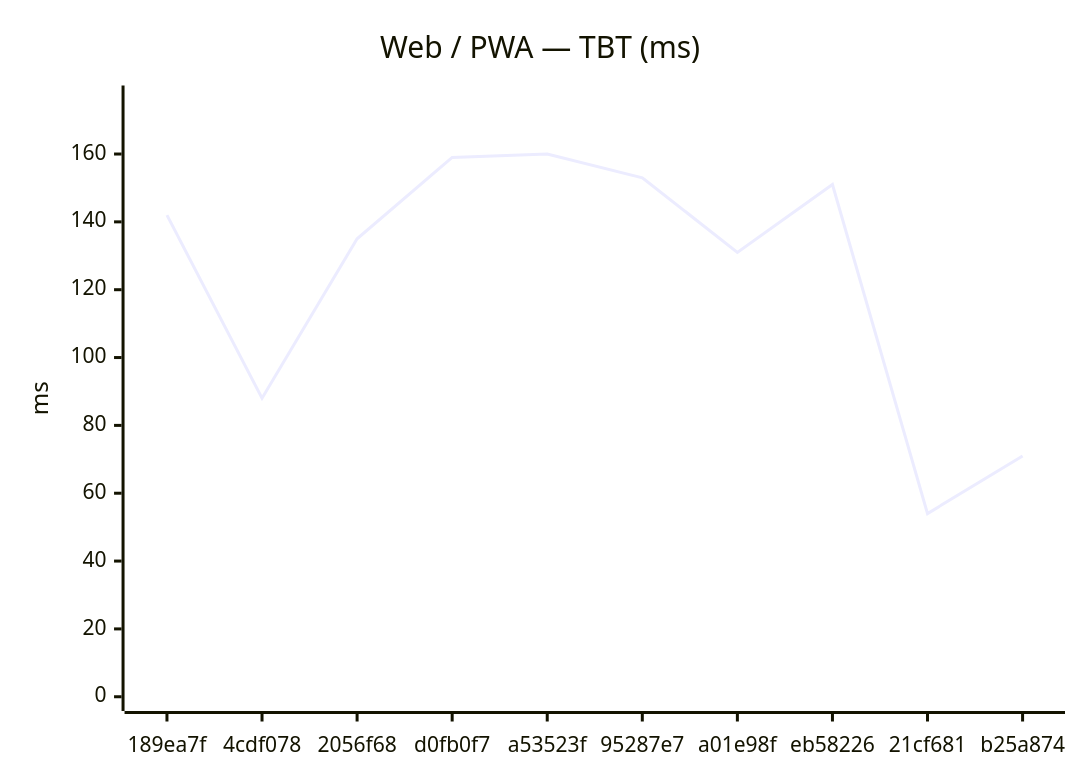
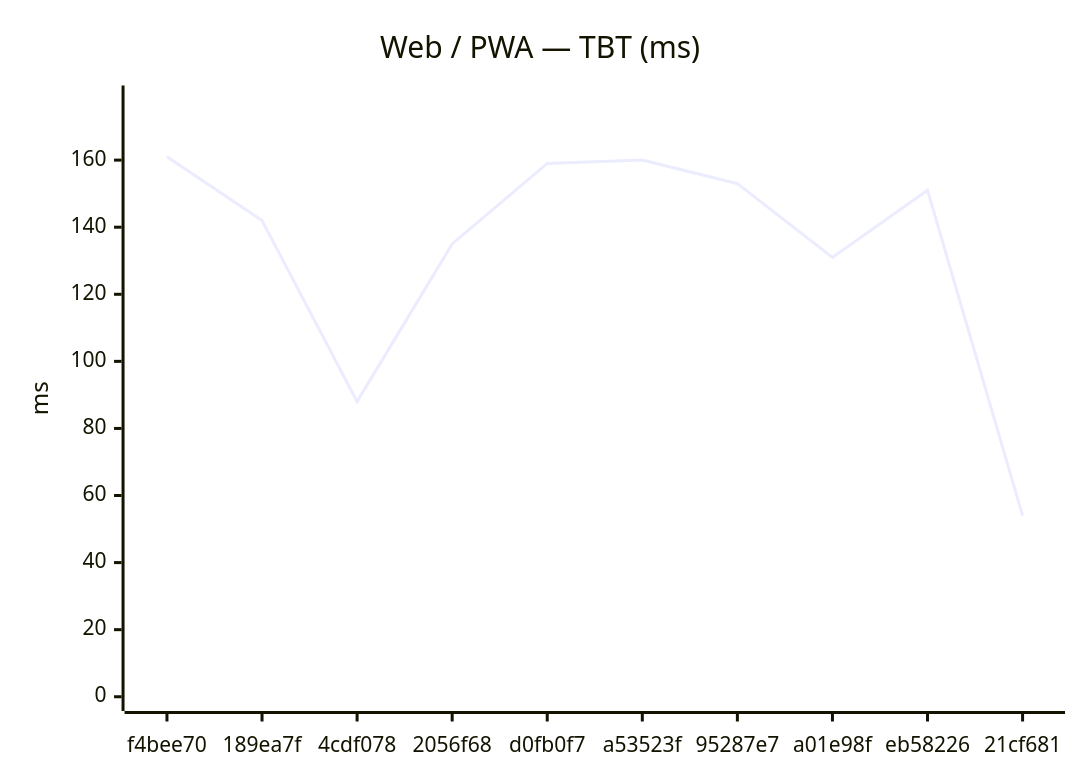
Before and after one commit to Metaheurist/Rianell: the second of 18 diagrams in benchmarks/compare.md, drawn with Mermaid. The commit also changed other lines of this file and 11 other files, not shown here.

````diff
--- a/benchmarks/compare.md
+++ b/benchmarks/compare.md
@@ -31,7 +31,7 @@
 ```mermaid
 xychart-beta
     title "Web / PWA — TBT (ms)"
-    x-axis ["189ea7f", "4cdf078", "2056f68", "d0fb0f7", "a53523f", "95287e7", "a01e98f", "eb58226", "21cf681", "b25a874"]
-    y-axis "ms" 0 --> 176
-    line [142, 88, 135, 159, 160, 153, 131, 151, 54, 71]
+    x-axis ["f4bee70", "189ea7f", "4cdf078", "2056f68", "d0fb0f7", "a53523f", "95287e7", "a01e98f", "eb58226", "21cf681"]
+    y-axis "ms" 0 --> 178
+    line [161, 142, 88, 135, 159, 160, 153, 131, 151, 54]
 ```
````
